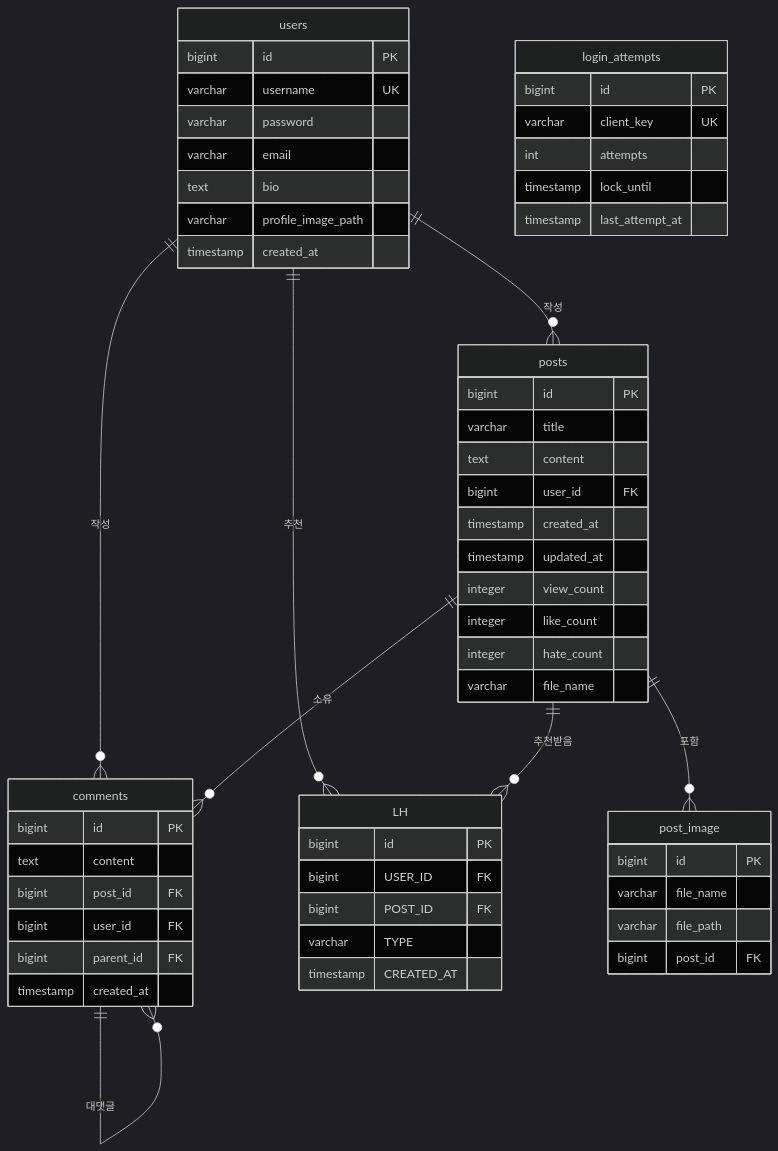
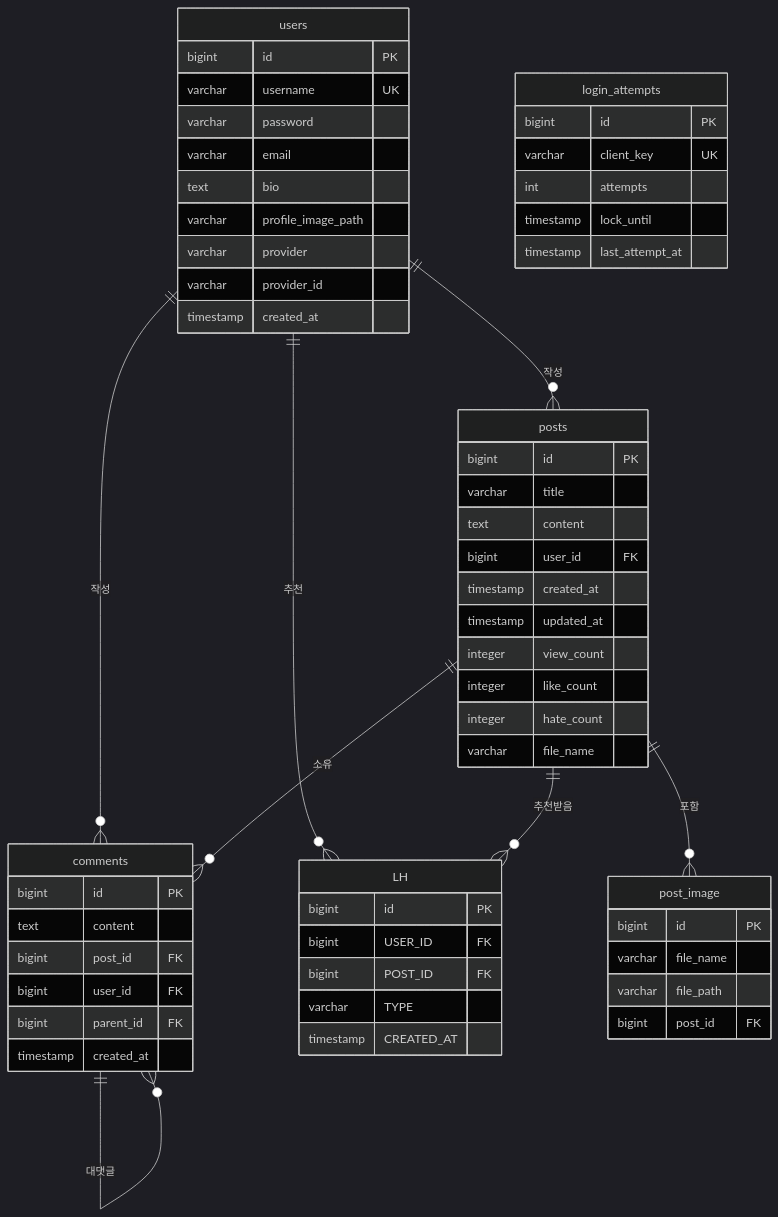
The diagram in docs/superpowers/database/database.md (gguatit/mirae-yumang-team-server), drawn with Mermaid (dark theme) before and after one commit. The commit also changed other lines of this file and 17 other files, not shown here.

````diff
--- a/docs/superpowers/database/database.md
+++ b/docs/superpowers/database/database.md
@@ -329,65 +334,67 @@
 ```mermaid
 erDiagram
     users ||--o{ posts : "작성"
     users ||--o{ comments : "작성"
     users ||--o{ LH : "추천"
     posts ||--o{ post_image : "포함"
     posts ||--o{ comments : "소유"
     posts ||--o{ LH : "추천받음"
     comments ||--o{ comments : "대댓글"
 
     users {
         bigint id PK
         varchar username UK
         varchar password
         varchar email
         text bio
         varchar profile_image_path
+        varchar provider
+        varchar provider_id
         timestamp created_at
     }
 
     posts {
         bigint id PK
         varchar title
         text content
         bigint user_id FK
         timestamp created_at
         timestamp updated_at
         integer view_count
         integer like_count
         integer hate_count
         varchar file_name
     }
 
     post_image {
         bigint id PK
         varchar file_name
         varchar file_path
         bigint post_id FK
     }
 
     comments {
         bigint id PK
         text content
         bigint post_id FK
         bigint user_id FK
         bigint parent_id FK
         timestamp created_at
     }
 
     LH {
         bigint id PK
         bigint USER_ID FK
         bigint POST_ID FK
         varchar TYPE
         timestamp CREATED_AT
     }
 
     login_attempts {
         bigint id PK
         varchar client_key UK
         int attempts
         timestamp lock_until
         timestamp last_attempt_at
     }
 ```
````
